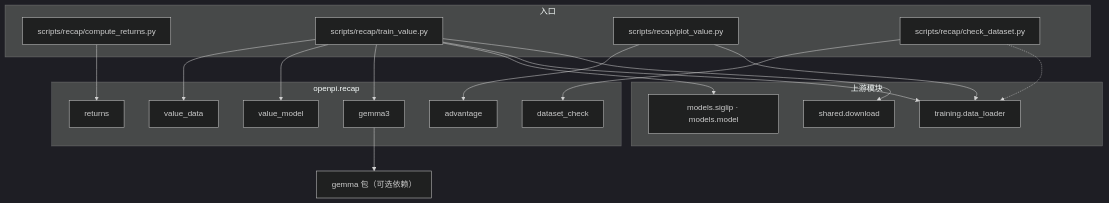
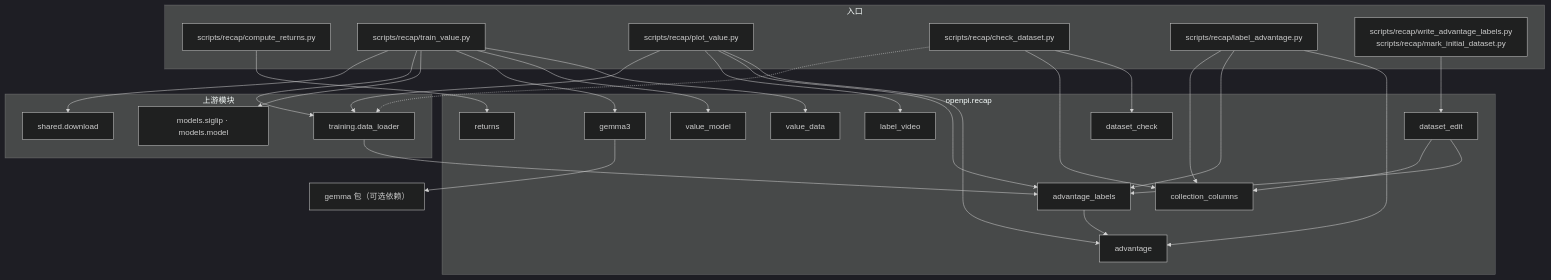
The sixth of 6 diagrams in docs/xense-openpi/codebase.md (AtticusZeller/vla-post-train), drawn with Mermaid (dark theme) before and after one commit. The commit also changed other lines of this file and 4 other files, not shown here.

````diff
--- a/docs/xense-openpi/codebase.md
+++ b/docs/xense-openpi/codebase.md
@@ -201,35 +324,52 @@
 ```mermaid
 flowchart TB
     subgraph ENTRY["入口"]
         E1["scripts/recap/compute_returns.py"]
         E2["scripts/recap/train_value.py"]
         E3["scripts/recap/plot_value.py"]
         E4["scripts/recap/check_dataset.py"]
+        E5["scripts/recap/label_advantage.py"]
+        E6["scripts/recap/write_advantage_labels.py<br/>scripts/recap/mark_initial_dataset.py"]
     end
     subgraph RECAP["openpi.recap"]
         R1["returns"]
         R2["value_data"]
         R3["value_model"]
         R4["gemma3"]
         R5["advantage"]
         R6["dataset_check"]
+        R7["advantage_labels"]
+        R8["collection_columns"]
+        R9["dataset_edit"]
+        R10["label_video"]
     end
     subgraph CORE["上游模块"]
         C1["models.siglip · models.model"]
         C2["training.data_loader"]
         C3["shared.download"]
     end
     EXT["gemma 包（可选依赖）"]
     E1 --> R1
     E2 --> R2
     E2 --> R3
     E2 --> R4
     E2 --> C1
     E2 --> C2
     E2 --> C3
     E3 --> R5
+    E3 --> R7
+    E3 --> R10
     E3 --> C2
     E4 --> R6
+    E4 --> R8
     E4 -.-> C2
+    E5 --> R5
+    E5 --> R7
+    E5 --> R8
+    E6 --> R9
+    R7 --> R5
+    R9 --> R7
+    R9 --> R8
+    C2 --> R7
     R4 --> EXT
 ```
````
